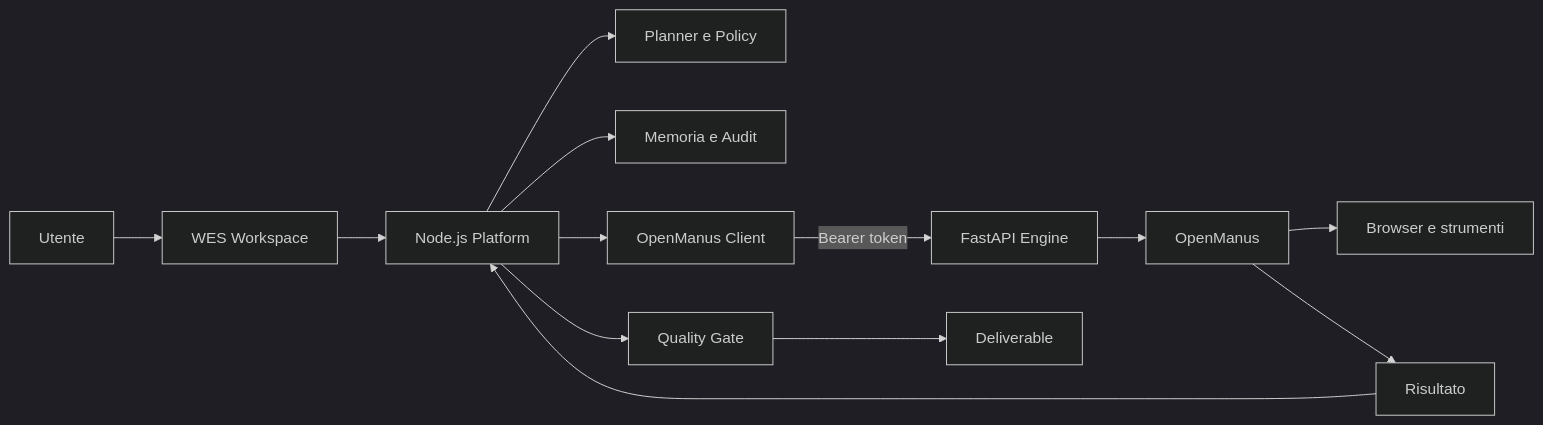
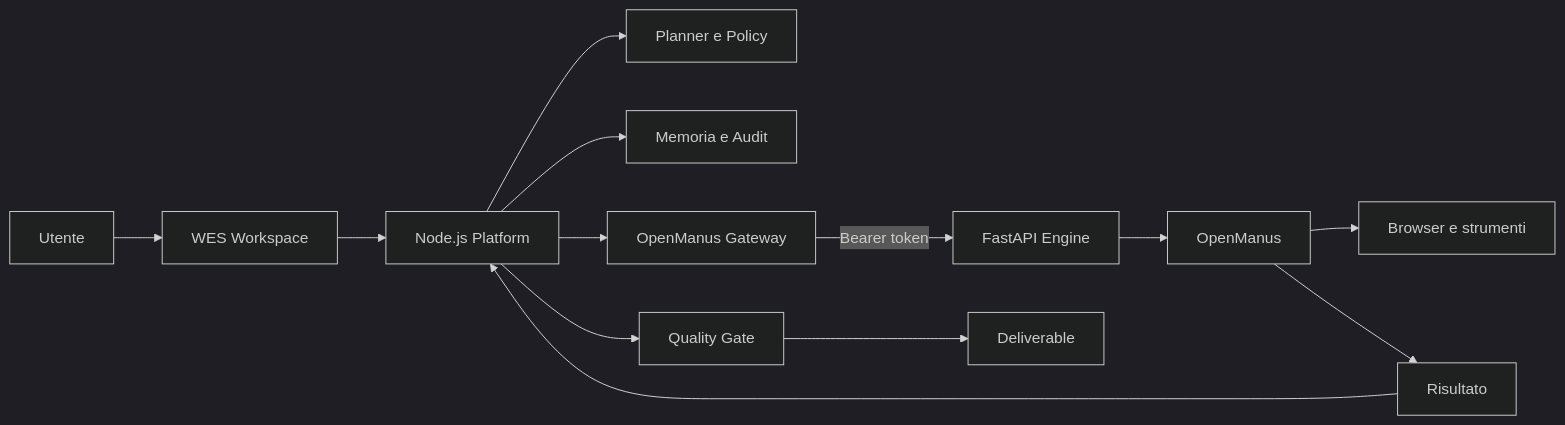
The diagram in README.md (walterzannoni90-netizen/piattaformaipersonale), drawn with Mermaid (dark theme) before and after one commit. The commit also changed other lines of this file, not shown here.

Commit message:
Document resilient OpenManus gateway

````diff
--- a/README.md
+++ b/README.md
@@ -45,15 +46,15 @@
 ```mermaid
 flowchart LR
     U[Utente] --> UI[WES Workspace]
     UI --> N[Node.js Platform]
     N --> P[Planner e Policy]
     N --> M[Memoria e Audit]
-    N --> O[OpenManus Client]
-    O -->|Bearer token| F[FastAPI Engine]
+    N --> G[OpenManus Gateway]
+    G -->|Bearer token| F[FastAPI Engine]
     F --> OM[OpenManus]
     OM --> B[Browser e strumenti]
     OM --> R[Risultato]
     R --> N
     N --> Q[Quality Gate]
     Q --> D[Deliverable]
 ```
````
